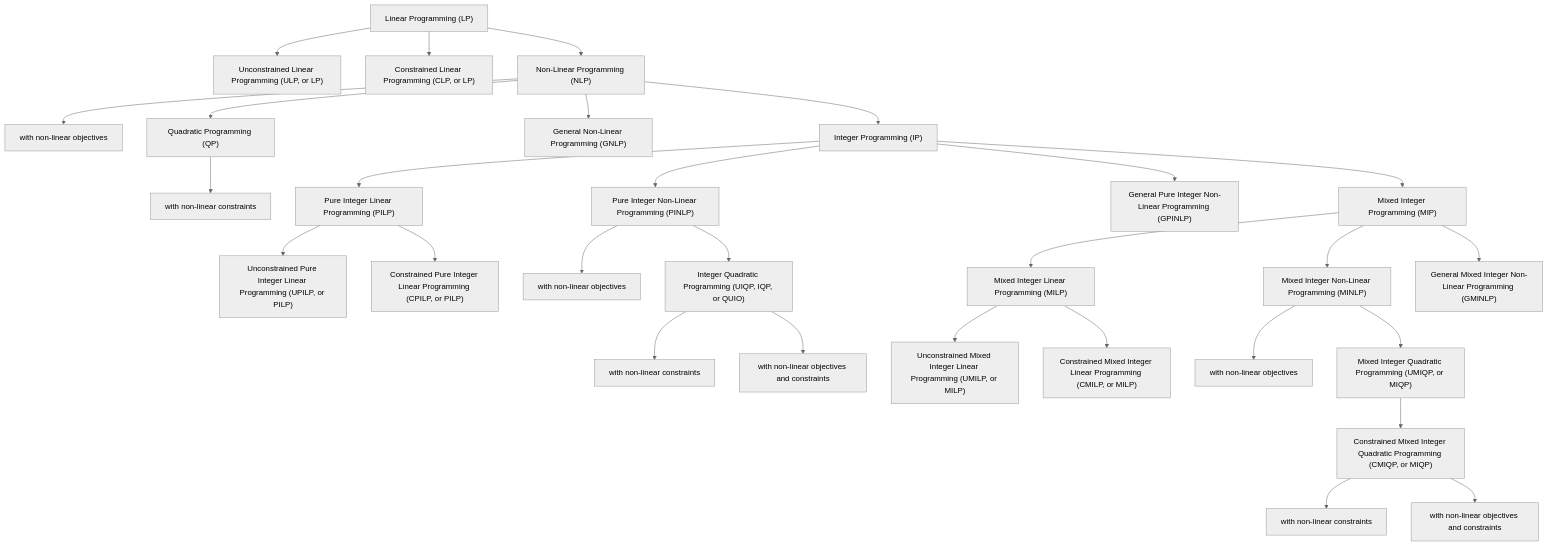
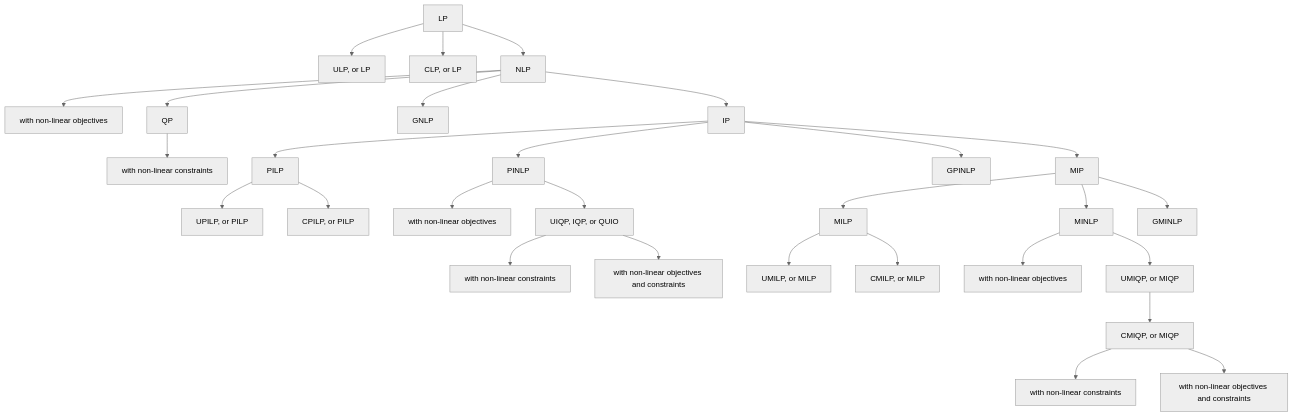
One commit to ktafakkori/feloopy changed the diagram in README.md. Above: the diagram before and after it, drawn with Mermaid (neutral theme).

Commit message:
revised files.

````diff
--- a/README.md
+++ b/README.md
@@ -68,60 +68,60 @@
 ```mermaid
 graph TD
- A["Linear Programming (LP)"]
- B["Unconstrained Linear Programming (ULP, or LP)"]
- C["Constrained Linear Programming (CLP, or LP)"]
- D["Non-Linear Programming (NLP)"]
+ A["LP"]
+ B["ULP, or LP"]
+ C["CLP, or LP"]
+ D["NLP"]
  E["with non-linear objectives"]
- F["Quadratic Programming (QP)"]
+ F["QP"]
  G["with non-linear constraints"]
- H["General Non-Linear Programming (GNLP)"]
- I["Integer Programming (IP)"]
- J["Pure Integer Linear Programming (PILP)"]
- K["Unconstrained Pure Integer Linear Programming (UPILP, or PILP)"]
- L["Constrained Pure Integer Linear Programming (CPILP, or PILP)"]
- M["Pure Integer Non-Linear Programming (PINLP)"]
+ H["GNLP"]
+ I["IP"]
+ J["PILP"]
+ K["UPILP, or PILP"]
+ L["CPILP, or PILP"]
+ M["PINLP"]
  N["with non-linear objectives"]
- O["Integer Quadratic Programming (UIQP, IQP, or QUIO)"]
+ O["UIQP, IQP, or QUIO"]
  P["with non-linear constraints"]
  Q["with non-linear objectives and constraints"]
- R["General Pure Integer Non-Linear Programming (GPINLP)"]
- S["Mixed Integer Programming (MIP)"]
- T["Mixed Integer Linear Programming (MILP)"]
- U["Unconstrained Mixed Integer Linear Programming (UMILP, or MILP)"]
- V["Constrained Mixed Integer Linear Programming (CMILP, or MILP)"]
- W["Mixed Integer Non-Linear Programming (MINLP)"]
+ R["GPINLP"]
+ S["MIP"]
+ T["MILP"]
+ U["UMILP, or MILP"]
+ V["CMILP, or MILP"]
+ W["MINLP"]
  X["with non-linear objectives"]
- Y["Mixed Integer Quadratic Programming (UMIQP, or MIQP)"]
- Z["Constrained Mixed Integer Quadratic Programming (CMIQP, or MIQP)"]
+ Y["UMIQP, or MIQP"]
+ Z["CMIQP, or MIQP"]
  AA["with non-linear constraints"]
  AB["with non-linear objectives and constraints"]
- AC["General Mixed Integer Non-Linear Programming (GMINLP)"]
+ AC["GMINLP"]
  A --> B
  A --> C
  A --> D
  D --> E
  D --> F
  F --> G
  D --> H
  D --> I
  I --> J
  J --> K
  J --> L
  I --> M
  M --> N
  M --> O
  O --> P
  O --> Q
  I --> R
  I --> S
  S --> T
  T --> U
  T --> V
  S --> W
  W --> X
  W --> Y
  Y --> Z
  Z --> AA
  Z --> AB
  S --> AC
 ```
````
